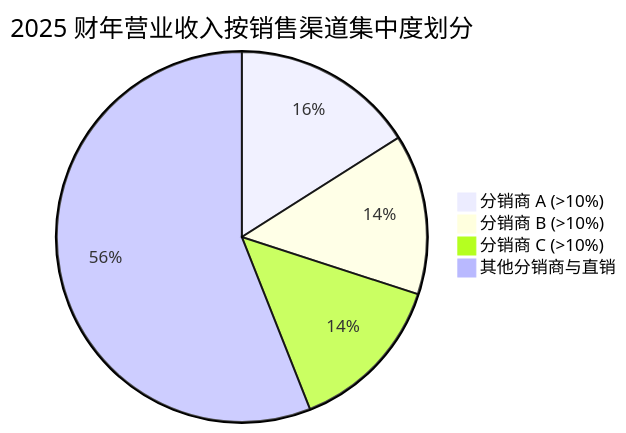
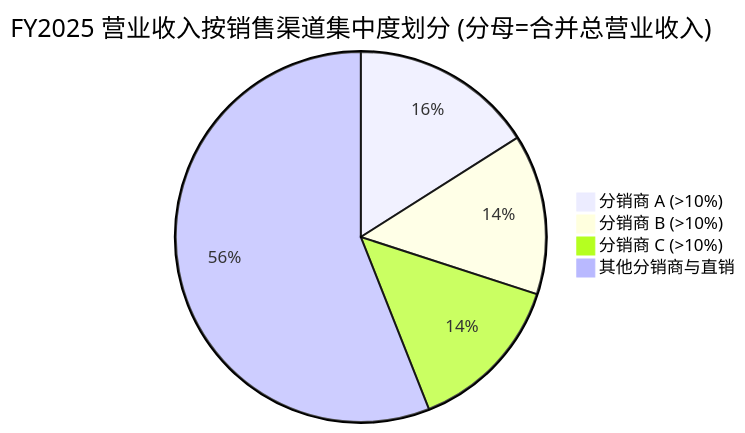
Before and after one commit to dadachundan/financial_agent: the third of 4 diagrams in reports/company/PaloAltoNetworks_NASDAQ_PANW/PaloAltoNetworks_NASDAQ_PANW_公司研究.md, drawn with Mermaid. The commit also changed other lines of this file and 14 other files, not shown here.

````diff
--- a/reports/company/PaloAltoNetworks_NASDAQ_PANW/PaloAltoNetworks_NASDAQ_PANW_公司研究.md
+++ b/reports/company/PaloAltoNetworks_NASDAQ_PANW/PaloAltoNetworks_NASDAQ_PANW_公司研究.md
@@ -171,7 +293,7 @@
 ```mermaid
-pie title 2025 财年营业收入按销售渠道集中度划分
+pie title FY2025 营业收入按销售渠道集中度划分 (分母=合并总营业收入)
     "分销商 A (>10%)" : 16
     "分销商 B (>10%)" : 14
     "分销商 C (>10%)" : 14
     "其他分销商与直销" : 56
 ```
````
